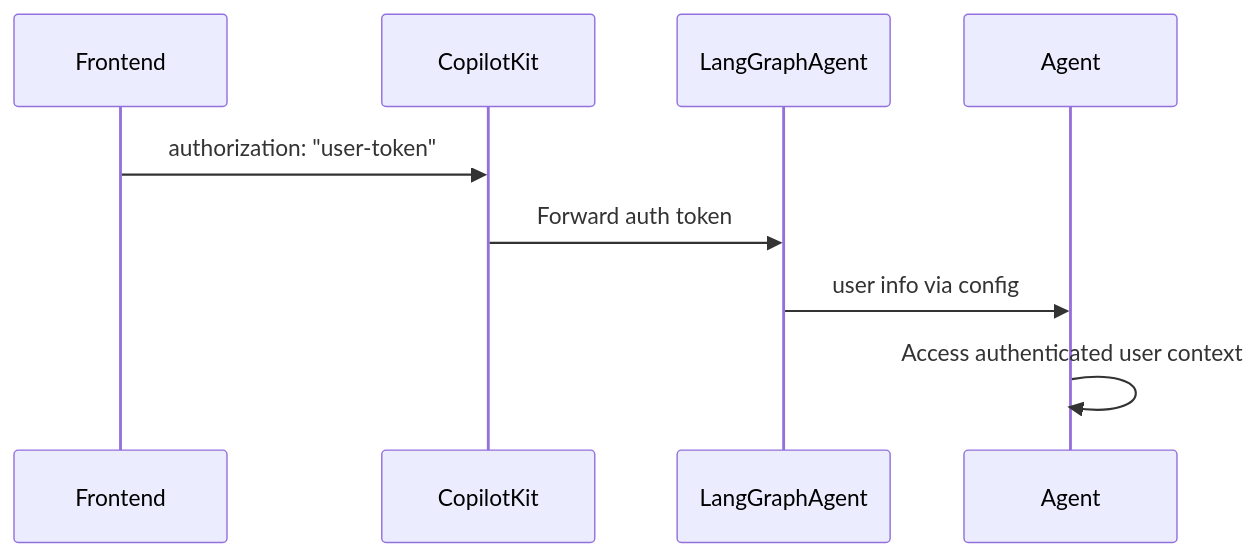
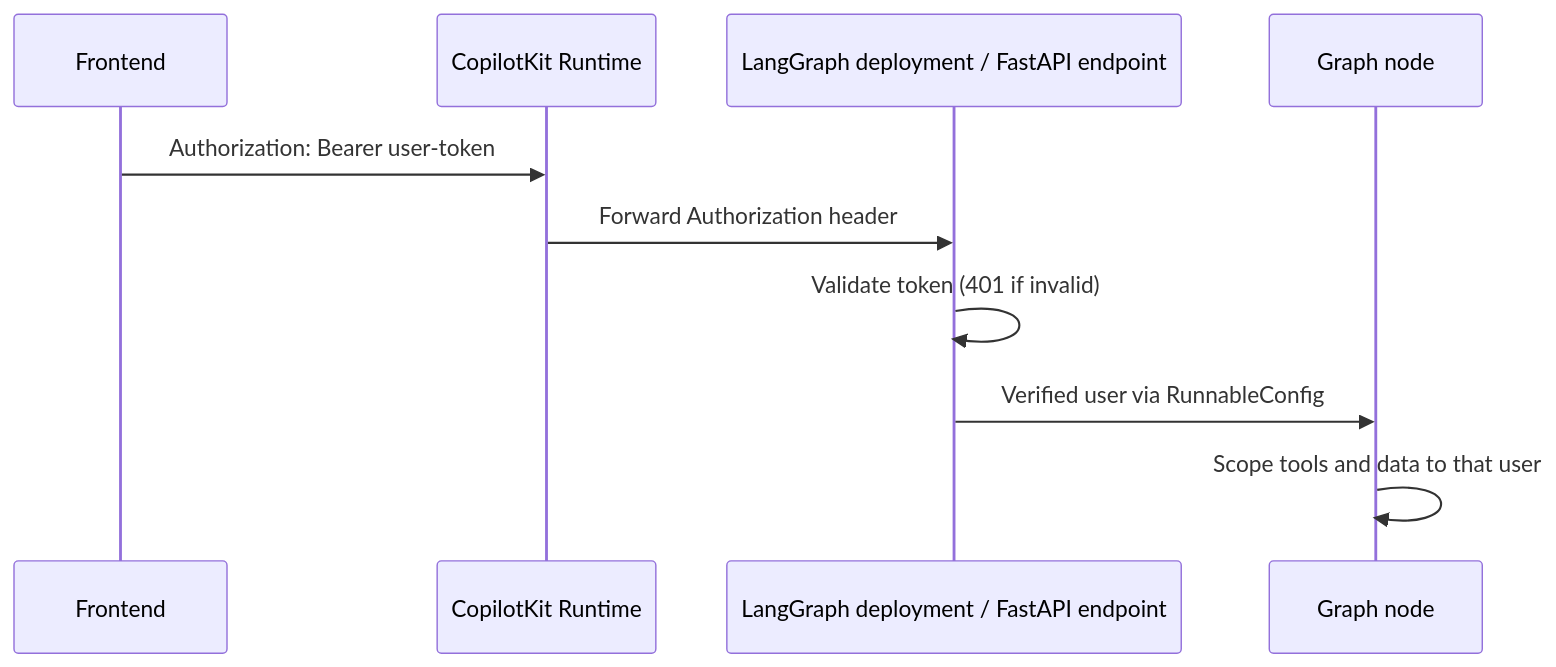
One commit to CopilotKit/CopilotKit changed the diagram in showcase/shell-docs/src/content/docs/integrations/langgraph/auth.mdx. Above: the diagram before and after it, drawn with Mermaid. The commit also changed other lines of this file and 1 other file, not shown here.

First line of the commit message:
docs(langgraph): replace broken self-hosted auth snippets with a working pattern

````diff
--- a/showcase/shell-docs/src/content/docs/integrations/langgraph/auth.mdx
+++ b/showcase/shell-docs/src/content/docs/integrations/langgraph/auth.mdx
@@ -17,12 +17,13 @@
 ```mermaid
 sequenceDiagram
     participant Frontend
-    participant CopilotKit
-    participant LangGraphAgent
-    participant Agent
+    participant Runtime as CopilotKit Runtime
+    participant Backend as LangGraph deployment / FastAPI endpoint
+    participant Agent as Graph node
 
-    Frontend->>CopilotKit: authorization: "user-token"
-    CopilotKit->>LangGraphAgent: Forward auth token
-    LangGraphAgent->>Agent: user info via config
-    Agent->>Agent: Access authenticated user context
+    Frontend->>Runtime: Authorization: Bearer user-token
+    Runtime->>Backend: Forward Authorization header
+    Backend->>Backend: Validate token (401 if invalid)
+    Backend->>Agent: Verified user via RunnableConfig
+    Agent->>Agent: Scope tools and data to that user
 ```
````
